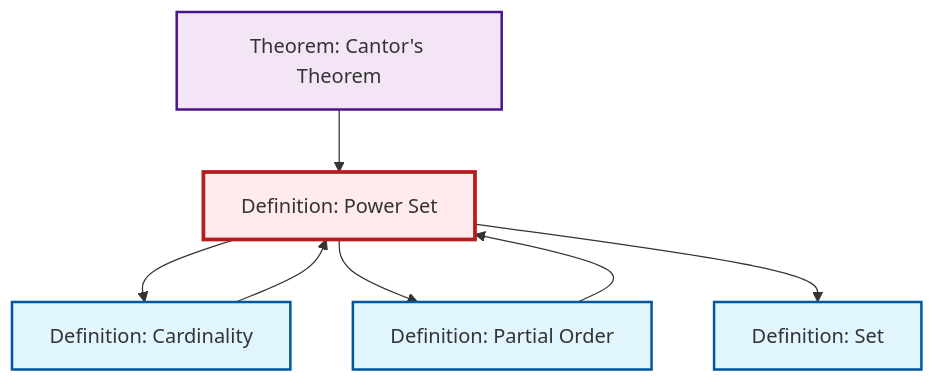
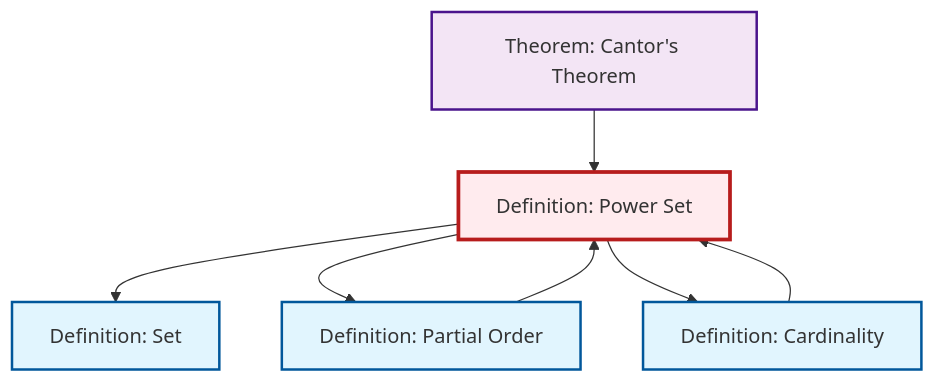
Before and after one commit to RK0429/ModernMath: the second of 2 diagrams in content/en/logic-set-theory/def-power-set.qmd, drawn with Mermaid. The commit also changed other lines of this file and 328 other files, not shown here.

````diff
--- a/content/en/logic-set-theory/def-power-set.qmd
+++ b/content/en/logic-set-theory/def-power-set.qmd
@@ -69,25 +69,25 @@
 ```{mermaid}
 %%| fig-cap: "Local dependency graph"
 graph TD
     classDef definition fill:#e1f5fe,stroke:#01579b,stroke-width:2px
     classDef theorem fill:#f3e5f5,stroke:#4a148c,stroke-width:2px
     classDef axiom fill:#fff3e0,stroke:#e65100,stroke-width:2px
     classDef example fill:#e8f5e9,stroke:#1b5e20,stroke-width:2px
     classDef current fill:#ffebee,stroke:#b71c1c,stroke-width:3px
+    thm-cantor["Theorem: Cantor's Theorem"]:::theorem
+    def-partial-order["Definition: Partial Order"]:::definition
     def-set["Definition: Set"]:::definition
     def-power-set["Definition: Power Set"]:::definition
-    def-partial-order["Definition: Partial Order"]:::definition
-    thm-cantor["Theorem: Cantor's Theorem"]:::theorem
     def-cardinality["Definition: Cardinality"]:::definition
+    def-cardinality --> def-power-set
+    def-power-set --> def-set
+    def-power-set --> def-partial-order
+    def-partial-order --> def-power-set
     def-power-set --> def-cardinality
-    def-cardinality --> def-power-set
     thm-cantor --> def-power-set
-    def-partial-order --> def-power-set
-    def-power-set --> def-partial-order
-    def-power-set --> def-set
     class def-power-set current
+    click thm-cantor "thm-cantor.html" "Go to Cantor's Theorem theorem"
+    click def-partial-order "def-partial-order.html" "Go to Partial Order definition"
     click def-set "def-set.html" "Go to Set definition"
-    click def-partial-order "def-partial-order.html" "Go to Partial Order definition"
-    click thm-cantor "thm-cantor.html" "Go to Cantor's Theorem theorem"
     click def-cardinality "def-cardinality.html" "Go to Cardinality definition"
 ```
````
